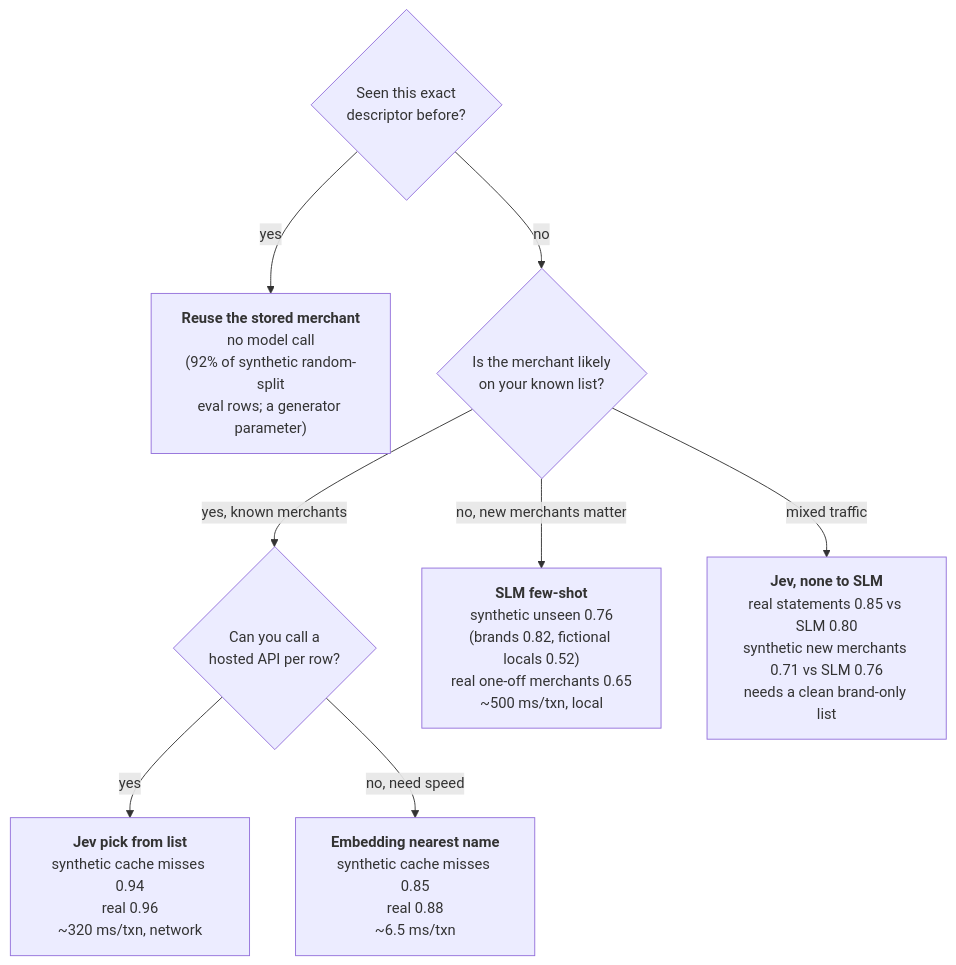
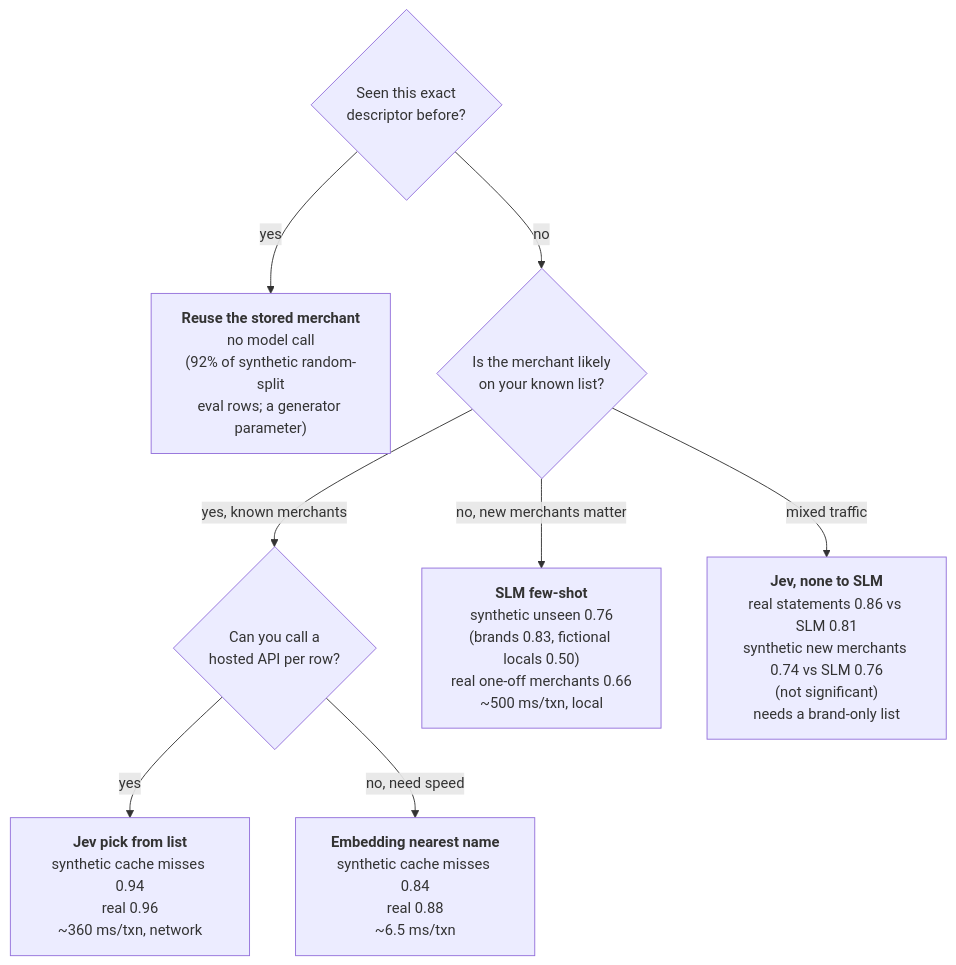
One commit to aeoxyz-jpg/tranx-transaction-standardization changed the diagram in docs/diagrams/merchant_decision.mmd. Above: the diagram before and after it, drawn with Mermaid. The commit also changed 23 other files, not shown here.

```diff
--- a/docs/diagrams/merchant_decision.mmd
+++ b/docs/diagrams/merchant_decision.mmd
@@ -1,9 +1,9 @@
 flowchart TD
     Q0{"Seen this exact<br/>descriptor before?"}
     Q0 -->|yes| CACHE["<b>Reuse the stored merchant</b><br/>no model call<br/>(92% of synthetic random-split<br/>eval rows; a generator parameter)"]
     Q0 -->|no| Q1{"Is the merchant likely<br/>on your known list?"}
     Q1 -->|"yes, known merchants"| Q2{"Can you call a<br/>hosted API per row?"}
-    Q1 -->|"no, new merchants matter"| SLM["<b>SLM few-shot</b><br/>synthetic unseen 0.76<br/>(brands 0.82, fictional locals 0.52)<br/>real one-off merchants 0.65<br/>~500 ms/txn, local"]
-    Q1 -->|"mixed traffic"| CASC["<b>Jev, none to SLM</b><br/>real statements 0.85 vs SLM 0.80<br/>synthetic new merchants 0.71 vs SLM 0.76<br/>needs a clean brand-only list"]
-    Q2 -->|yes| JEV["<b>Jev pick from list</b><br/>synthetic cache misses 0.94<br/>real 0.96<br/>~320 ms/txn, network"]
-    Q2 -->|"no, need speed"| EMB["<b>Embedding nearest name</b><br/>synthetic cache misses 0.85<br/>real 0.88<br/>~6.5 ms/txn"]
+    Q1 -->|"no, new merchants matter"| SLM["<b>SLM few-shot</b><br/>synthetic unseen 0.76<br/>(brands 0.83, fictional locals 0.50)<br/>real one-off merchants 0.66<br/>~500 ms/txn, local"]
+    Q1 -->|"mixed traffic"| CASC["<b>Jev, none to SLM</b><br/>real statements 0.86 vs SLM 0.81<br/>synthetic new merchants 0.74 vs SLM 0.76<br/>(not significant)<br/>needs a brand-only list"]
+    Q2 -->|yes| JEV["<b>Jev pick from list</b><br/>synthetic cache misses 0.94<br/>real 0.96<br/>~360 ms/txn, network"]
+    Q2 -->|"no, need speed"| EMB["<b>Embedding nearest name</b><br/>synthetic cache misses 0.84<br/>real 0.88<br/>~6.5 ms/txn"]
```
